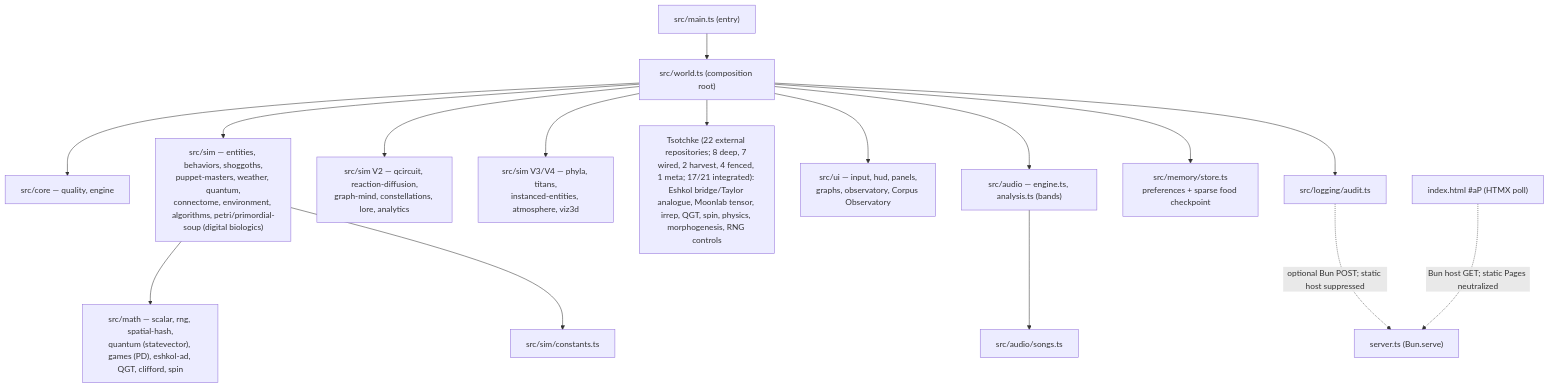
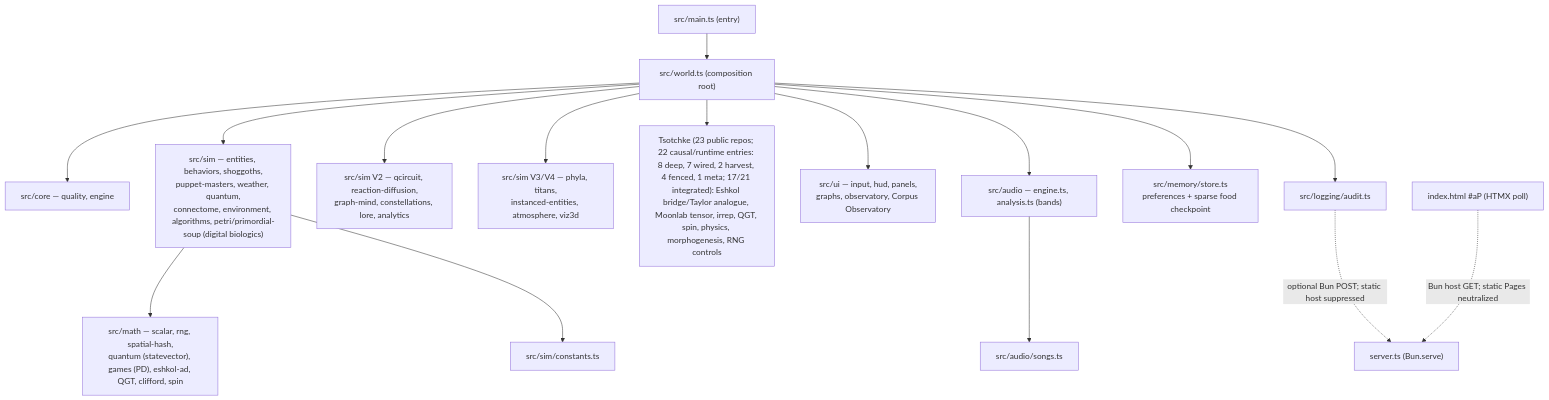
One commit to 0thernes/cosmogonic-quantum-mechalogodrom changed the diagram in README.md. Above: the diagram before and after it, drawn with Mermaid. The commit also changed other lines of this file and 46 other files, not shown here.

````diff
--- a/README.md
+++ b/README.md
@@ -617,18 +618,18 @@
 ```mermaid
 graph TD
   main["src/main.ts (entry)"] --> world["src/world.ts (composition root)"]
   world --> core["src/core — quality, engine"]
   world --> sim["src/sim — entities, behaviors, shoggoths,\npuppet-masters, weather, quantum,\nconnectome, environment, algorithms, petri/primordial-soup (digital biologics)"]
   world --> v2["src/sim V2 — qcircuit, reaction-diffusion,\ngraph-mind, constellations, lore, analytics"]
   world --> v34["src/sim V3/V4 — phyla, titans,\ninstanced-entities, atmosphere, viz3d"]
-  world --> tsotchke["Tsotchke (22 external repositories; 8 deep, 7 wired, 2 harvest, 4 fenced, 1 meta; 17/21 integrated): Eshkol bridge/Taylor analogue, Moonlab tensor, irrep, QGT, spin, physics, morphogenesis, RNG controls"]
+  world --> tsotchke["Tsotchke (23 public repos; 22 causal/runtime entries: 8 deep, 7 wired, 2 harvest, 4 fenced, 1 meta; 17/21 integrated): Eshkol bridge/Taylor analogue, Moonlab tensor, irrep, QGT, spin, physics, morphogenesis, RNG controls"]
   world --> ui["src/ui — input, hud, panels,\ngraphs, observatory, Corpus Observatory"]
   world --> audio["src/audio — engine.ts, analysis.ts (bands)"]
   world --> mem["src/memory/store.ts<br/>preferences + sparse food checkpoint"]
   world --> audit["src/logging/audit.ts"]
   sim --> math["src/math — scalar, rng, spatial-hash,\nquantum (statevector), games (PD), eshkol-ad, QGT, clifford, spin"]
   sim --> constants["src/sim/constants.ts"]
   audio --> songs["src/audio/songs.ts"]
   audit -. "optional Bun POST; static host suppressed" .-> server["server.ts (Bun.serve)"]
   htmx["index.html #aP (HTMX poll)"] -. "Bun host GET; static Pages neutralized" .-> server
 ```
````
